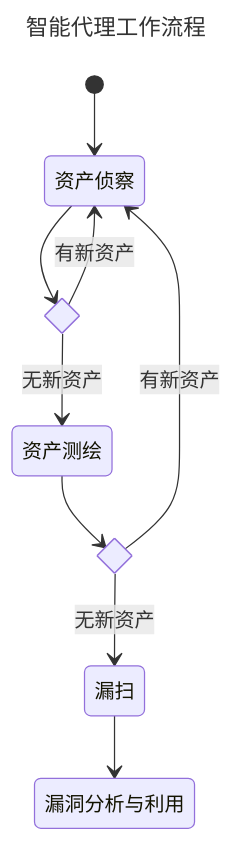
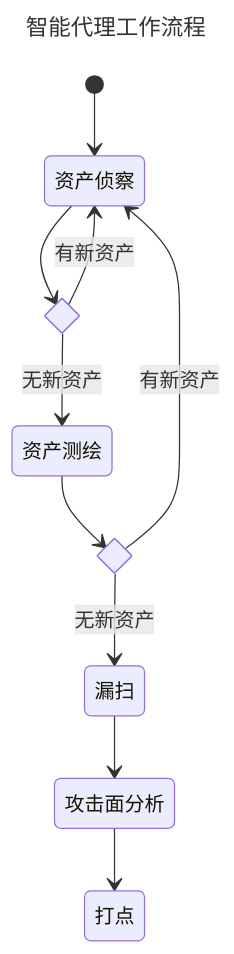
Before and after one commit to hangxin1940/bladerazor: the diagram in README.md, drawn with Mermaid. The commit also changed 5 other files, not shown here.

````diff
--- a/README.md
+++ b/README.md
@@ -41,20 +41,22 @@
 ```mermaid
 ---
 title: 智能代理工作流程
 ---
 stateDiagram-v2
     state "资产侦察" as Recon
     state "资产测绘" as AssetMapping
     state "漏扫" as VulScan
-    state "漏洞分析与利用" as Exploit
+    state "攻击面分析" as AttackSurfaceResearch
+    state "打点" as EstablishingFoothold
     state new_recon_assets_state <<choice>>
     state new_mapping_assets_state <<choice>>
     [*] --> Recon
     Recon --> new_recon_assets_state
     new_recon_assets_state --> Recon: 有新资产
     new_recon_assets_state --> AssetMapping: 无新资产
     AssetMapping --> new_mapping_assets_state
     new_mapping_assets_state --> Recon: 有新资产
     new_mapping_assets_state --> VulScan: 无新资产
-    VulScan --> Exploit
+    VulScan --> AttackSurfaceResearch
+    AttackSurfaceResearch --> EstablishingFoothold
 ```
````
